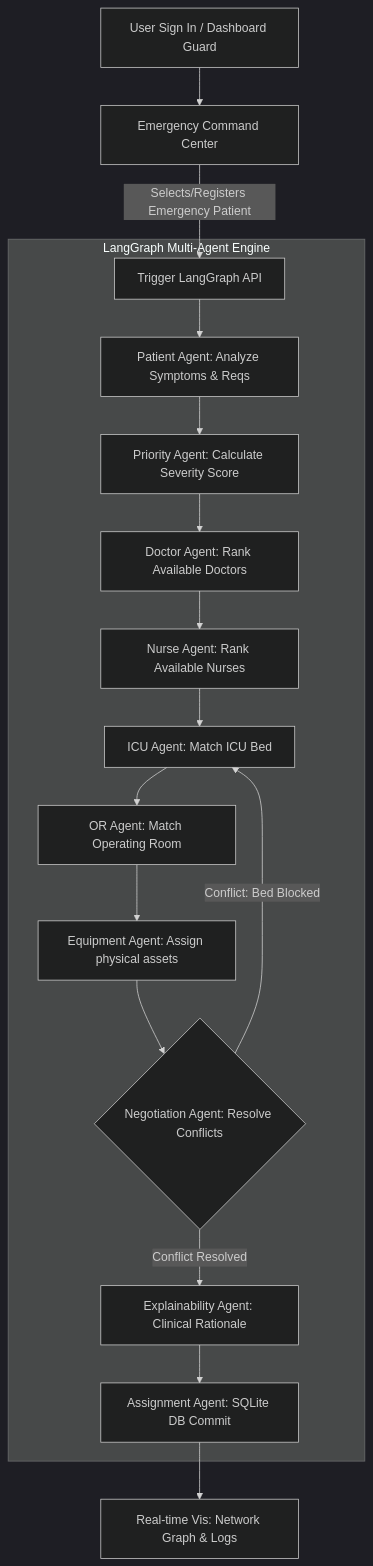
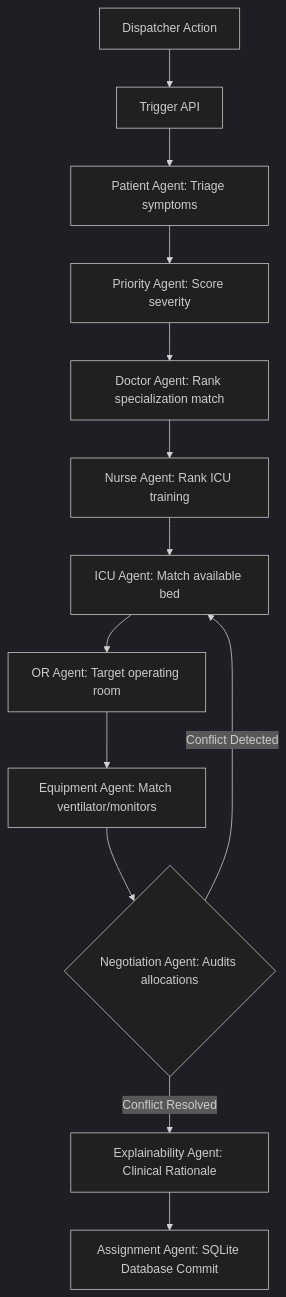
Before and after one commit to harivignesk/devoraz-med: the diagram in README.md, drawn with Mermaid (dark theme). The commit also changed other lines of this file, not shown here.

````diff
--- a/README.md
+++ b/README.md
@@ -21,21 +164,15 @@
 ```mermaid
 graph TD
-    A[User Sign In / Dashboard Guard] --> B[Emergency Command Center]
-    B -->|Selects/Registers Emergency Patient| C[Trigger LangGraph API]
-    
-    subgraph LangGraph Multi-Agent Engine
-        C --> D[Patient Agent: Analyze Symptoms & Reqs]
-        D --> E[Priority Agent: Calculate Severity Score]
-        E --> F[Doctor Agent: Rank Available Doctors]
-        F --> G[Nurse Agent: Rank Available Nurses]
-        G --> H[ICU Agent: Match ICU Bed]
-        H --> I[OR Agent: Match Operating Room]
-        I --> J[Equipment Agent: Assign physical assets]
-        J --> K{Negotiation Agent: Resolve Conflicts}
-        K -->|Conflict: Bed Blocked| H
-        K -->|Conflict Resolved| L[Explainability Agent: Clinical Rationale]
-        L --> M[Assignment Agent: SQLite DB Commit]
-    end
-    
-    M --> N[Real-time Vis: Network Graph & Logs]
+    A[Dispatcher Action] --> B[Trigger API]
+    B --> C[Patient Agent: Triage symptoms]
+    C --> D[Priority Agent: Score severity]
+    D --> E[Doctor Agent: Rank specialization match]
+    E --> F[Nurse Agent: Rank ICU training]
+    F --> G[ICU Agent: Match available bed]
+    G --> H[OR Agent: Target operating room]
+    H --> I[Equipment Agent: Match ventilator/monitors]
+    I --> J{Negotiation Agent: Audits allocations}
+    J -->|Conflict Detected| G
+    J -->|Conflict Resolved| K[Explainability Agent: Clinical Rationale]
+    K --> L[Assignment Agent: SQLite Database Commit]
 ```
````
